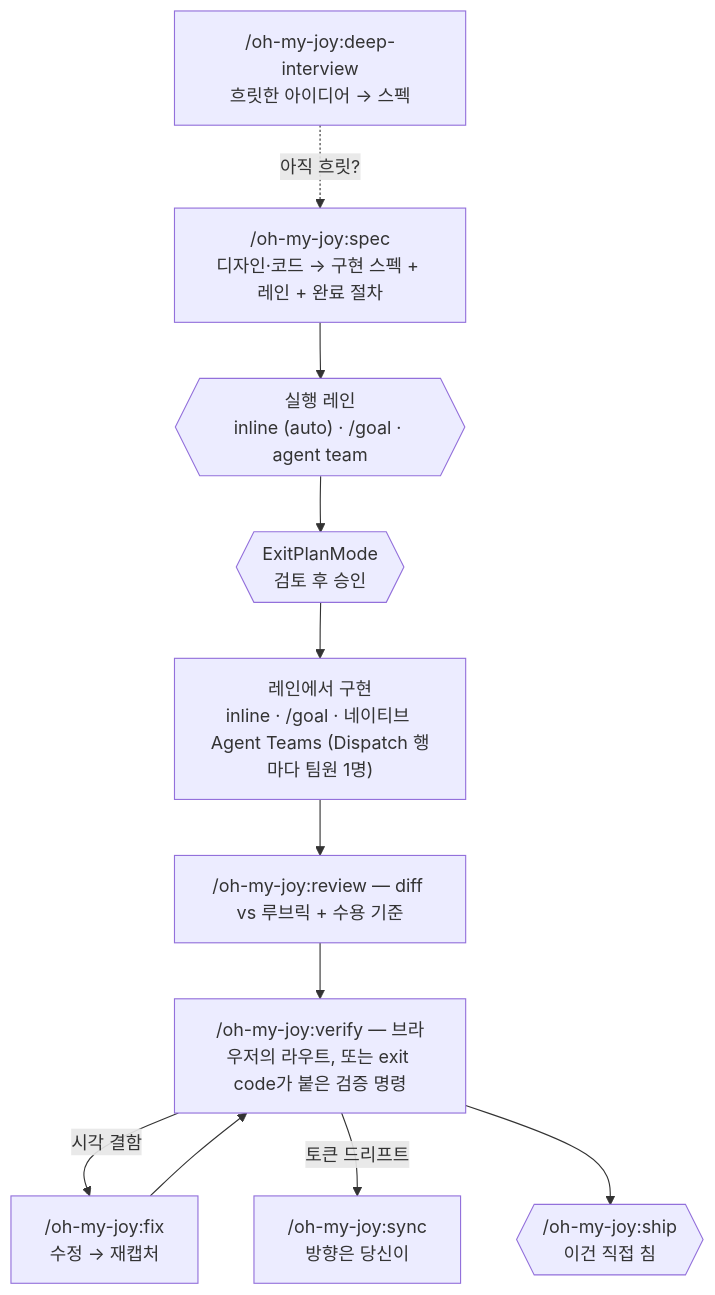
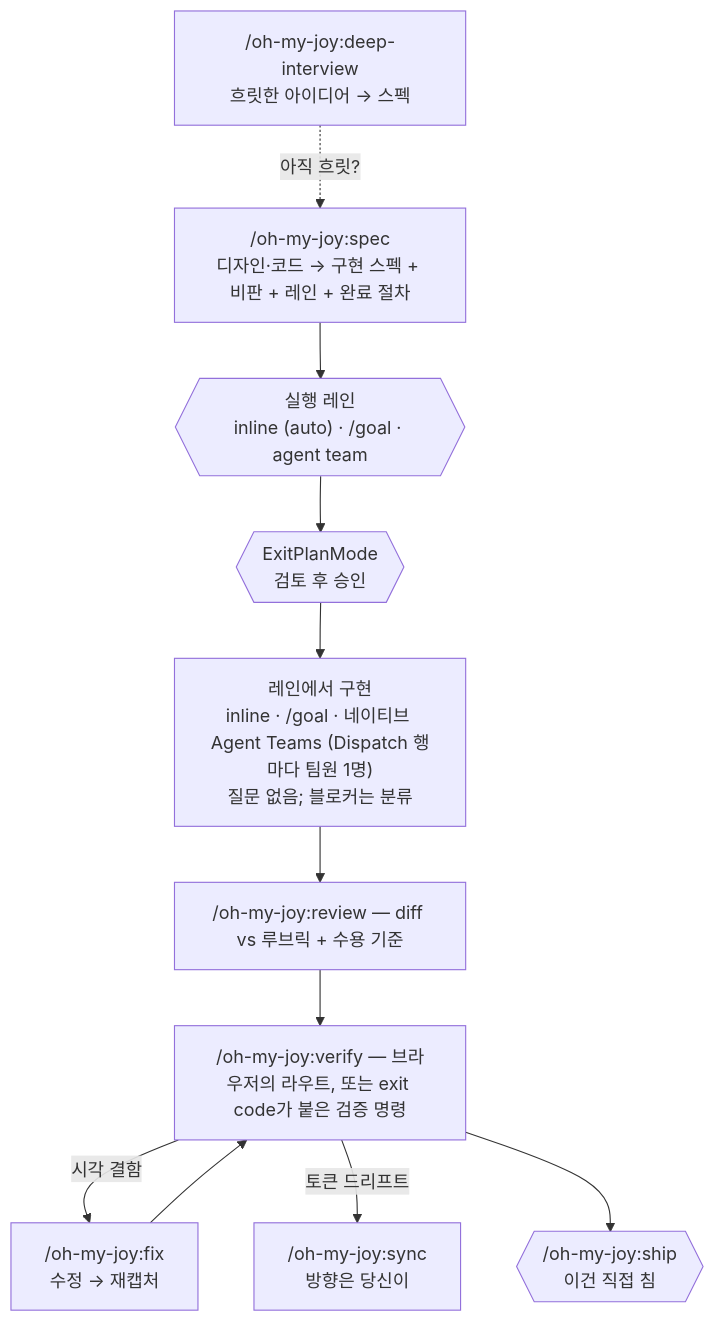
One commit to S-jooyoung/oh-my-joy changed the diagram in README.ko.md. Above: the diagram before and after it, drawn with Mermaid. The commit also changed other lines of this file and 48 other files, not shown here.

````diff
--- a/README.ko.md
+++ b/README.ko.md
@@ -146,13 +181,13 @@
 ```mermaid
 flowchart TD
     DI["/oh-my-joy:deep-interview<br/>흐릿한 아이디어 → 스펙"] -.->|"아직 흐릿?"| S
-    S["/oh-my-joy:spec<br/>디자인·코드 → 구현 스펙 + 레인 + 완료 절차"] --> L{{"실행 레인<br/>inline (auto) · /goal · agent team"}}
+    S["/oh-my-joy:spec<br/>디자인·코드 → 구현 스펙 + 비판 + 레인 + 완료 절차"] --> L{{"실행 레인<br/>inline (auto) · /goal · agent team"}}
     L --> P{{"ExitPlanMode<br/>검토 후 승인"}}
-    P --> I["레인에서 구현<br/>inline · /goal · 네이티브 Agent Teams (Dispatch 행마다 팀원 1명)"]
+    P --> I["레인에서 구현<br/>inline · /goal · 네이티브 Agent Teams (Dispatch 행마다 팀원 1명)<br/>질문 없음; 블로커는 분류"]
     I --> R["/oh-my-joy:review — diff vs 루브릭 + 수용 기준"]
     R --> V["/oh-my-joy:verify — 브라우저의 라우트, 또는 exit code가 붙은 검증 명령"]
     V -->|"시각 결함"| F["/oh-my-joy:fix<br/>수정 → 재캡처"]
     F --> V
     V -->|"토큰 드리프트"| T["/oh-my-joy:sync<br/>방향은 당신이"]
     V --> SH{{"/oh-my-joy:ship<br/>이건 직접 침"}}
 ```
````
